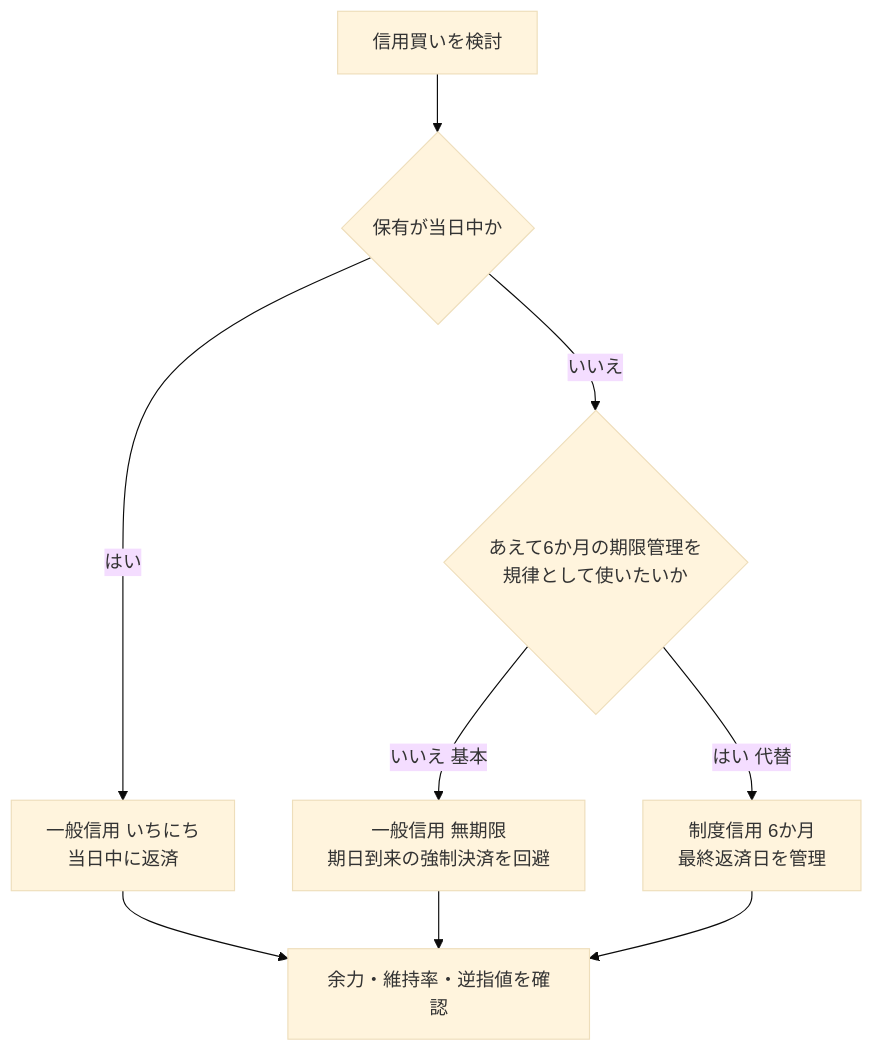
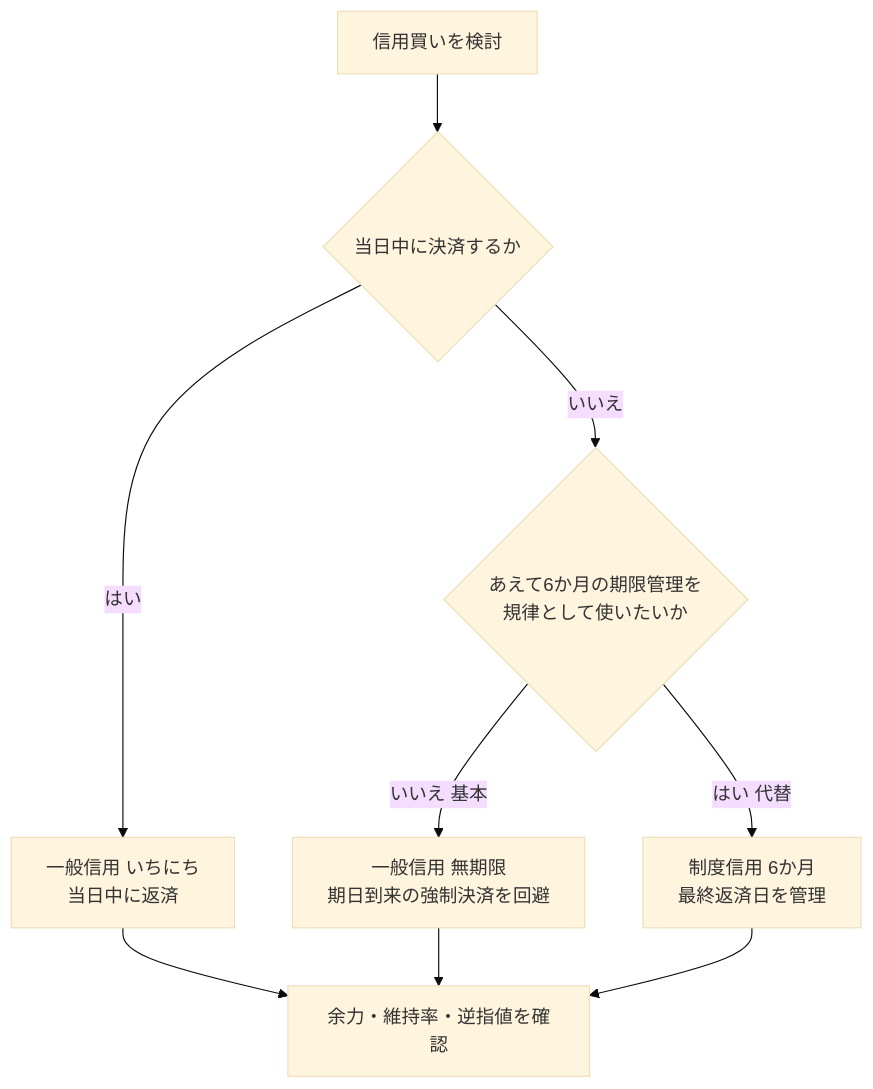
One commit to fununi222/website changed the diagram in md/finance/rakuten-margin-trading-beginner-guide.md. Above: the diagram before and after it, drawn with Mermaid (base theme).

Commit message:
docs(finance): clarify same-day margin selection

````diff
--- a/md/finance/rakuten-margin-trading-beginner-guide.md
+++ b/md/finance/rakuten-margin-trading-beginner-guide.md
@@ -38,11 +38,11 @@
 ```mermaid
 flowchart TD
-    A[信用買いを検討] --> B{保有が当日中か}
+    A[信用買いを検討] --> B{当日中に決済するか}
     B -->|はい| C[一般信用 いちにち<br/>当日中に返済]
     B -->|いいえ| D{あえて6か月の期限管理を<br/>規律として使いたいか}
     D -->|いいえ 基本| E[一般信用 無期限<br/>期日到来の強制決済を回避]
     D -->|はい 代替| F[制度信用 6か月<br/>最終返済日を管理]
     C --> G[余力・維持率・逆指値を確認]
     E --> G
     F --> G
 ```
````
